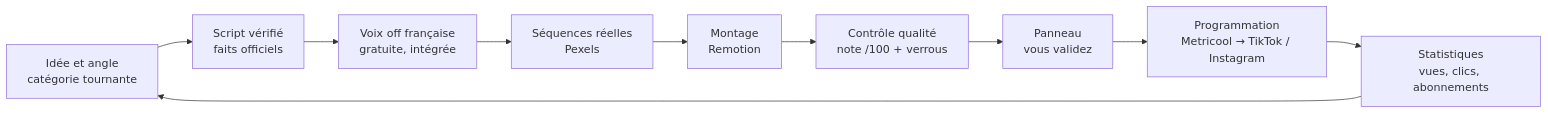
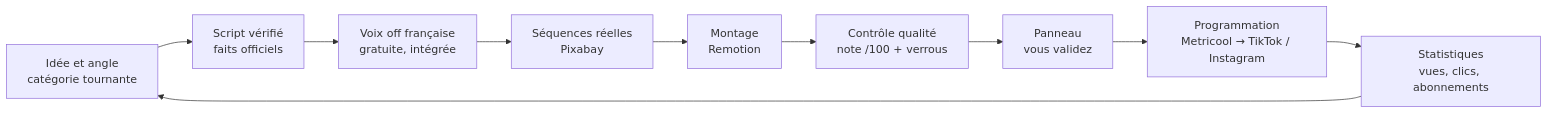
One commit to businebile-png/video- changed the diagram in README.md. Above: the diagram before and after it, drawn with Mermaid. The commit also changed other lines of this file and 17 other files, not shown here.

First line of the commit message:
Séquences Pixabay (Pexels ne délivre plus de clés) et lien affilié installé

````diff
--- a/README.md
+++ b/README.md
@@ -13,12 +13,12 @@
 ```mermaid
 flowchart LR
   A[Idée et angle<br/>catégorie tournante] --> B[Script vérifié<br/>faits officiels]
   B --> C[Voix off française<br/>gratuite, intégrée]
-  C --> D[Séquences réelles<br/>Pexels]
+  C --> D[Séquences réelles<br/>Pixabay]
   D --> E[Montage<br/>Remotion]
   E --> F[Contrôle qualité<br/>note /100 + verrous]
   F --> G[Panneau<br/>vous validez]
   G --> H[Programmation<br/>Metricool → TikTok / Instagram]
   H --> I[Statistiques<br/>vues, clics, abonnements]
   I --> A
 ```
````
